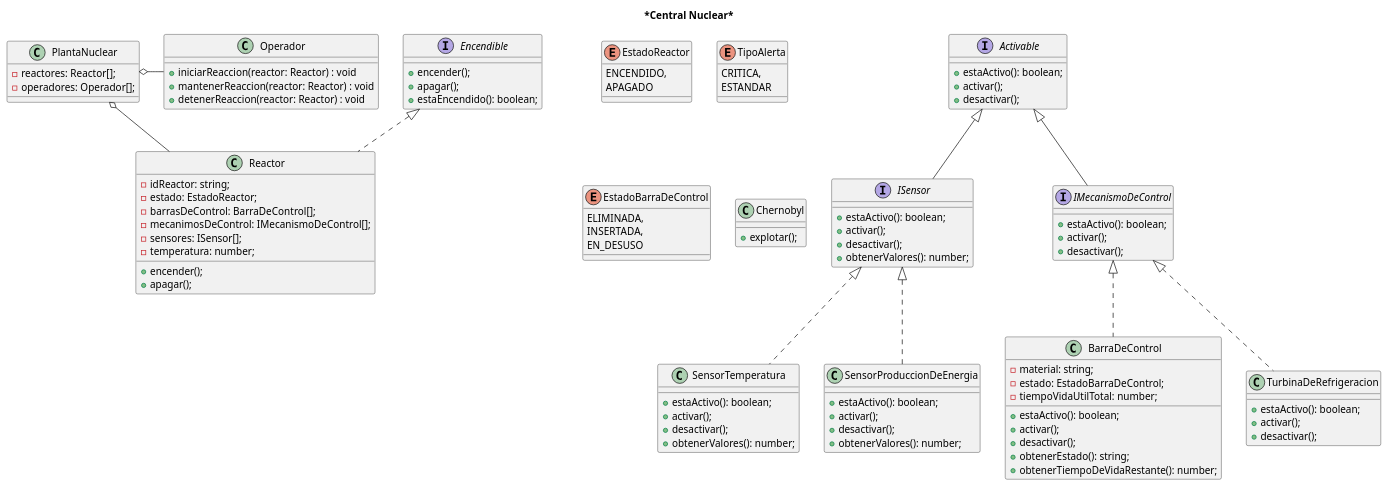
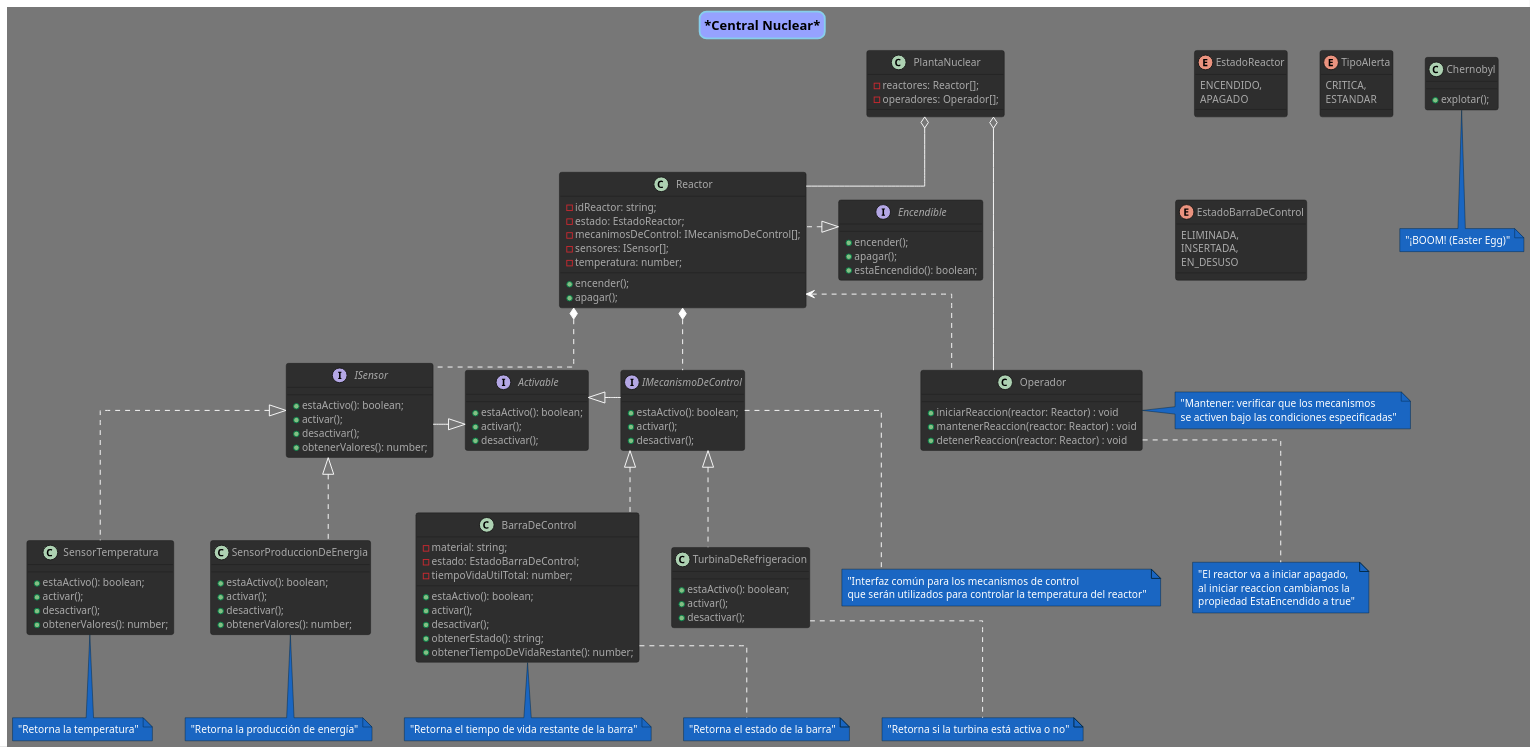
One commit to fmiguezo/reactor_nuclear changed the diagram in Diagrams/nuclearPlantDiagram.puml. Above: the diagram before and after it, drawn with PlantUML.

Commit message:
Nuclear plant diagram final update until review

```diff
--- a/Diagrams/nuclearPlantDiagram.puml
+++ b/Diagrams/nuclearPlantDiagram.puml
@@ -1,123 +1,149 @@
 @startuml
 
-title ***Central Nuclear***
+title "Central Nuclear"
+!theme reddress-darkblue
+scale 1.3
+skinparam Linetype ortho
+
+title *Central Nuclear*
+skinparam titleBorderRoundCorner 15
+skinparam titleBorderThickness 2
+skinparam titleBorderColor skyBlue
+skinparam titleBackgroundColor #96a2ff
 
 ' Planta nuclear
 class PlantaNuclear {
     - reactores: Reactor[];
     - operadores: Operador[];
 }
 
 ' Reactor
 class Reactor implements Encendible {
     - idReactor: string;
     - estado: EstadoReactor;
-    - barrasDeControl: BarraDeControl[];
     - mecanimosDeControl: IMecanismoDeControl[];
     - sensores: ISensor[];
     - temperatura: number;
     + encender();
     + apagar();
 }
 
 enum EstadoReactor {
     ENCENDIDO,
     APAGADO
 }
 
 enum TipoAlerta {
     CRITICA,
     ESTANDAR
 }
 
 ' Operador
 class Operador {
     + iniciarReaccion(reactor: Reactor) : void
     + mantenerReaccion(reactor: Reactor) : void
     + detenerReaccion(reactor: Reactor) : void
 }
 
 'Interfaces generales
 interface Encendible {
     + encender();
     + apagar();
     + estaEncendido(): boolean;
 }
 
 interface Activable {
     + estaActivo(): boolean;
     + activar();
     + desactivar();
 }
 
 
 'Sensores
 interface ISensor implements Activable {
     + estaActivo(): boolean;
     + activar();
     + desactivar();
     + obtenerValores(): number;
 }
 
 class SensorTemperatura implements ISensor {
     ' lee en °C
     + estaActivo(): boolean;
     + activar();
     + desactivar();
     + obtenerValores(): number;
 }
 
 class SensorProduccionDeEnergia implements ISensor {
     ' lee en watts
     + estaActivo(): boolean;
     + activar();
     + desactivar();
     + obtenerValores(): number;
 }
 
 ' Mecanismos de control
 interface IMecanismoDeControl implements Activable {
     + estaActivo(): boolean;
     + activar();
     + desactivar();
 }
 
 '' Barra de control
 class BarraDeControl implements IMecanismoDeControl {
     - material: string;
     - estado: EstadoBarraDeControl;
     - tiempoVidaUtilTotal: number;
     + estaActivo(): boolean;
     'insertar barra
     + activar(); 
     ' quitar barra
     + desactivar(); 
     + obtenerEstado(): string;
     + obtenerTiempoDeVidaRestante(): number;
 }
 
 enum EstadoBarraDeControl {
     ELIMINADA,
     INSERTADA,
     EN_DESUSO
 }
 
 '' Turbina de refrigeración
 class TurbinaDeRefrigeracion implements IMecanismoDeControl {
     + estaActivo(): boolean;
     + activar(); 
     + desactivar(); 
 }
 
 
 ' Easter egg...
 
 class Chernobyl {
     + explotar();
 }
 
 'Relaciones
 Reactor -u-o PlantaNuclear
 Operador -l-o PlantaNuclear
+Reactor *.. ISensor
+Reactor *.. IMecanismoDeControl
+Reactor -[hidden]l- Encendible
+Activable -[hidden]r- IMecanismoDeControl
+Activable -[hidden]l- ISensor
+Reactor <.. Operador
+
+
+'Notas
+note right of Operador: "Mantener: verificar que los mecanismos \nse activen bajo las condiciones especificadas"
+note bottom of Operador: "El reactor va a iniciar apagado, \nal iniciar reaccion cambiamos la \npropiedad EstaEncendido a true"
+note bottom of SensorTemperatura: "Retorna la temperatura"
+note bottom of SensorProduccionDeEnergia: "Retorna la producción de energía"
+note bottom of BarraDeControl: "Retorna el estado de la barra"
+note bottom of BarraDeControl: "Retorna el tiempo de vida restante de la barra"
+note bottom of TurbinaDeRefrigeracion: "Retorna si la turbina está activa o no"
+note bottom of IMecanismoDeControl: "Interfaz común para los mecanismos de control\nque serán utilizados para controlar la temperatura del reactor"
+note bottom of Chernobyl: "¡BOOM! (Easter Egg)"
 
 @enduml
```
